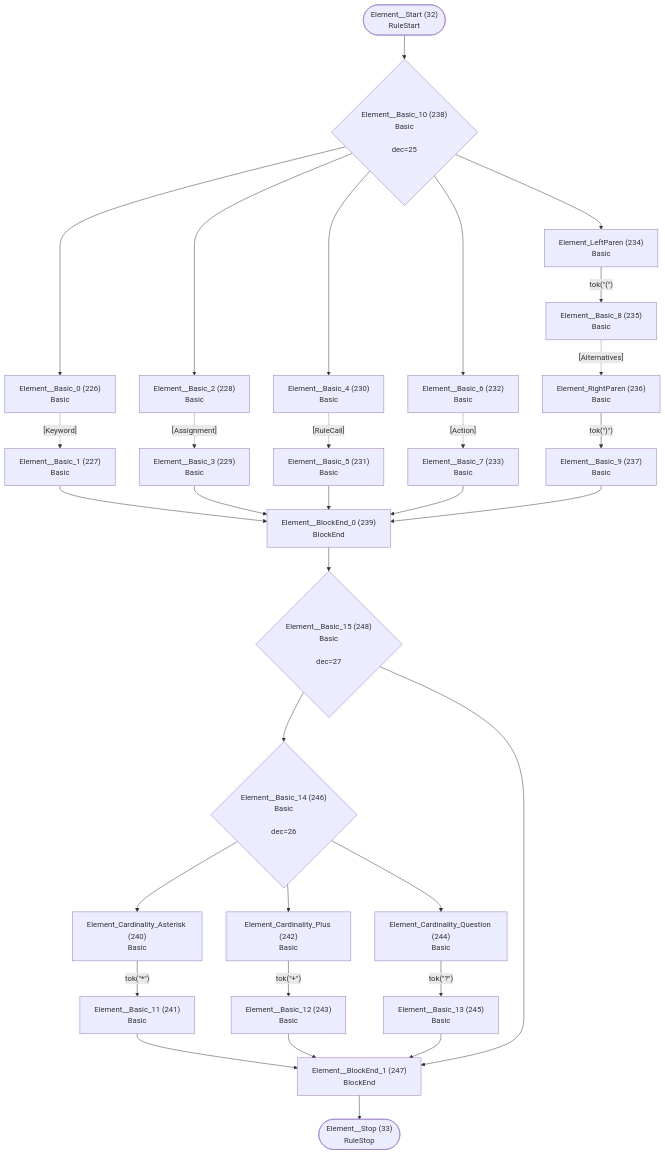
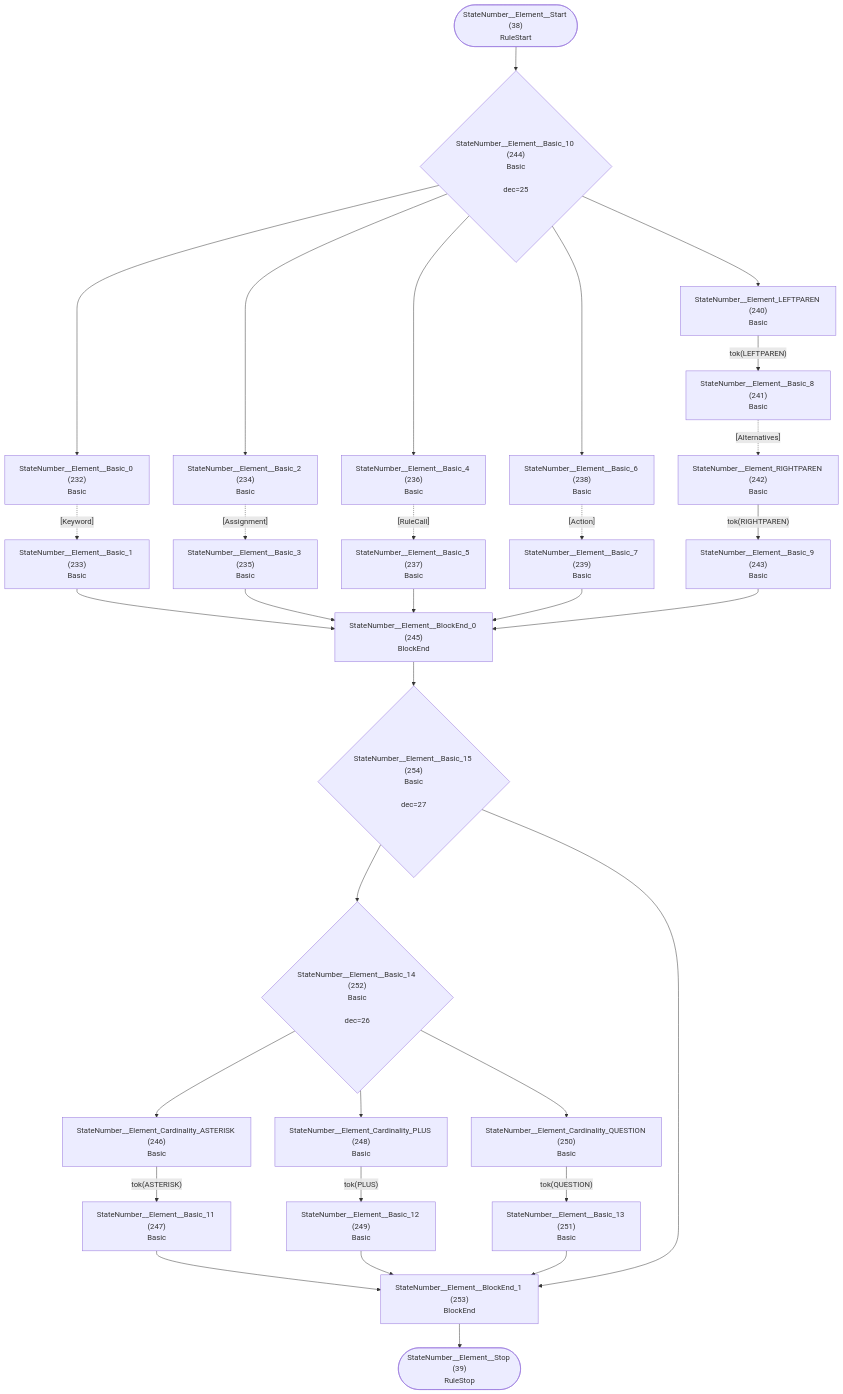
One commit to TypeFox/fastbelt changed diagram 20 of 32 in internal/grammar/atn.md. Above: the diagram before and after it, drawn with Mermaid. The commit also changed other lines of this file and 5 other files, not shown here.

````diff
--- a/internal/grammar/atn.md
+++ b/internal/grammar/atn.md
@@ -535,60 +564,60 @@
 ```mermaid
 flowchart TD
-    q32(["Element__Start (32)<br/>RuleStart"])
-    q33(["Element__Stop (33)<br/>RuleStop"])
-    q226["Element__Basic_0 (226)<br/>Basic<br/>"]
-    q227["Element__Basic_1 (227)<br/>Basic<br/>"]
-    q228["Element__Basic_2 (228)<br/>Basic<br/>"]
-    q229["Element__Basic_3 (229)<br/>Basic<br/>"]
-    q230["Element__Basic_4 (230)<br/>Basic<br/>"]
-    q231["Element__Basic_5 (231)<br/>Basic<br/>"]
-    q232["Element__Basic_6 (232)<br/>Basic<br/>"]
-    q233["Element__Basic_7 (233)<br/>Basic<br/>"]
-    q234["Element_LeftParen (234)<br/>Basic<br/>"]
-    q235["Element__Basic_8 (235)<br/>Basic<br/>"]
-    q236["Element_RightParen (236)<br/>Basic<br/>"]
-    q237["Element__Basic_9 (237)<br/>Basic<br/>"]
-    q238{"Element__Basic_10 (238)<br/>Basic<br/><br/>dec=25"}
-    q239["Element__BlockEnd_0 (239)<br/>BlockEnd<br/>"]
-    q240["Element_Cardinality_Asterisk (240)<br/>Basic<br/>"]
-    q241["Element__Basic_11 (241)<br/>Basic<br/>"]
-    q242["Element_Cardinality_Plus (242)<br/>Basic<br/>"]
-    q243["Element__Basic_12 (243)<br/>Basic<br/>"]
-    q244["Element_Cardinality_Question (244)<br/>Basic<br/>"]
-    q245["Element__Basic_13 (245)<br/>Basic<br/>"]
-    q246{"Element__Basic_14 (246)<br/>Basic<br/><br/>dec=26"}
-    q247["Element__BlockEnd_1 (247)<br/>BlockEnd<br/>"]
-    q248{"Element__Basic_15 (248)<br/>Basic<br/><br/>dec=27"}
+    q38(["StateNumber__Element__Start (38)<br/>RuleStart"])
+    q39(["StateNumber__Element__Stop (39)<br/>RuleStop"])
+    q232["StateNumber__Element__Basic_0 (232)<br/>Basic<br/>"]
+    q233["StateNumber__Element__Basic_1 (233)<br/>Basic<br/>"]
+    q234["StateNumber__Element__Basic_2 (234)<br/>Basic<br/>"]
+    q235["StateNumber__Element__Basic_3 (235)<br/>Basic<br/>"]
+    q236["StateNumber__Element__Basic_4 (236)<br/>Basic<br/>"]
+    q237["StateNumber__Element__Basic_5 (237)<br/>Basic<br/>"]
+    q238["StateNumber__Element__Basic_6 (238)<br/>Basic<br/>"]
+    q239["StateNumber__Element__Basic_7 (239)<br/>Basic<br/>"]
+    q240["StateNumber__Element_LEFTPAREN (240)<br/>Basic<br/>"]
+    q241["StateNumber__Element__Basic_8 (241)<br/>Basic<br/>"]
+    q242["StateNumber__Element_RIGHTPAREN (242)<br/>Basic<br/>"]
+    q243["StateNumber__Element__Basic_9 (243)<br/>Basic<br/>"]
+    q244{"StateNumber__Element__Basic_10 (244)<br/>Basic<br/><br/>dec=25"}
+    q245["StateNumber__Element__BlockEnd_0 (245)<br/>BlockEnd<br/>"]
+    q246["StateNumber__Element_Cardinality_ASTERISK (246)<br/>Basic<br/>"]
+    q247["StateNumber__Element__Basic_11 (247)<br/>Basic<br/>"]
+    q248["StateNumber__Element_Cardinality_PLUS (248)<br/>Basic<br/>"]
+    q249["StateNumber__Element__Basic_12 (249)<br/>Basic<br/>"]
+    q250["StateNumber__Element_Cardinality_QUESTION (250)<br/>Basic<br/>"]
+    q251["StateNumber__Element__Basic_13 (251)<br/>Basic<br/>"]
+    q252{"StateNumber__Element__Basic_14 (252)<br/>Basic<br/><br/>dec=26"}
+    q253["StateNumber__Element__BlockEnd_1 (253)<br/>BlockEnd<br/>"]
+    q254{"StateNumber__Element__Basic_15 (254)<br/>Basic<br/><br/>dec=27"}
 
-    q32 --> q238
-    q226 -.->|"[Keyword]"| q227
-    q227 --> q239
-    q228 -.->|"[Assignment]"| q229
-    q229 --> q239
-    q230 -.->|"[RuleCall]"| q231
-    q231 --> q239
-    q232 -.->|"[Action]"| q233
-    q233 --> q239
-    q234 -->|"tok(&quot;(&quot;)"| q235
-    q235 -.->|"[Alternatives]"| q236
-    q236 -->|"tok(&quot;)&quot;)"| q237
-    q237 --> q239
-    q238 --> q226
-    q238 --> q228
-    q238 --> q230
-    q238 --> q232
-    q238 --> q234
-    q239 --> q248
-    q240 -->|"tok(&quot;*&quot;)"| q241
-    q241 --> q247
-    q242 -->|"tok(&quot;+&quot;)"| q243
-    q243 --> q247
-    q244 -->|"tok(&quot;?&quot;)"| q245
-    q245 --> q247
-    q246 --> q240
-    q246 --> q242
-    q246 --> q244
-    q247 --> q33
-    q248 --> q246
-    q248 --> q247
+    q38 --> q244
+    q232 -.->|"[Keyword]"| q233
+    q233 --> q245
+    q234 -.->|"[Assignment]"| q235
+    q235 --> q245
+    q236 -.->|"[RuleCall]"| q237
+    q237 --> q245
+    q238 -.->|"[Action]"| q239
+    q239 --> q245
+    q240 -->|"tok(LEFTPAREN)"| q241
+    q241 -.->|"[Alternatives]"| q242
+    q242 -->|"tok(RIGHTPAREN)"| q243
+    q243 --> q245
+    q244 --> q232
+    q244 --> q234
+    q244 --> q236
+    q244 --> q238
+    q244 --> q240
+    q245 --> q254
+    q246 -->|"tok(ASTERISK)"| q247
+    q247 --> q253
+    q248 -->|"tok(PLUS)"| q249
+    q249 --> q253
+    q250 -->|"tok(QUESTION)"| q251
+    q251 --> q253
+    q252 --> q246
+    q252 --> q248
+    q252 --> q250
+    q253 --> q39
+    q254 --> q252
+    q254 --> q253
 ```
````
